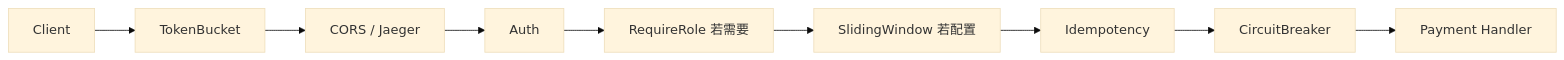
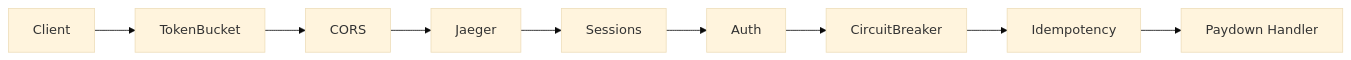
The third of 3 diagrams in docs/lecture/16-middleware.md (RedInn7/gomall), drawn with Mermaid (base theme) before and after one commit. The commit also changed other lines of this file and 7 other files, not shown here.

````diff
--- a/docs/lecture/16-middleware.md
+++ b/docs/lecture/16-middleware.md
@@ -222,11 +189,11 @@
 ```mermaid
 flowchart LR
     C[Client] --> T[TokenBucket]
-    T --> O[CORS / Jaeger]
-    O --> A[Auth]
-    A --> R[RequireRole 若需要]
-    R --> S[SlidingWindow 若配置]
-    S --> I[Idempotency]
-    I --> B[CircuitBreaker]
-    B --> H[Payment Handler]
+    T --> O[CORS]
+    O --> J[Jaeger]
+    J --> S[Sessions]
+    S --> A[Auth]
+    A --> B[CircuitBreaker]
+    B --> I[Idempotency]
+    I --> H[Paydown Handler]
 ```
````
